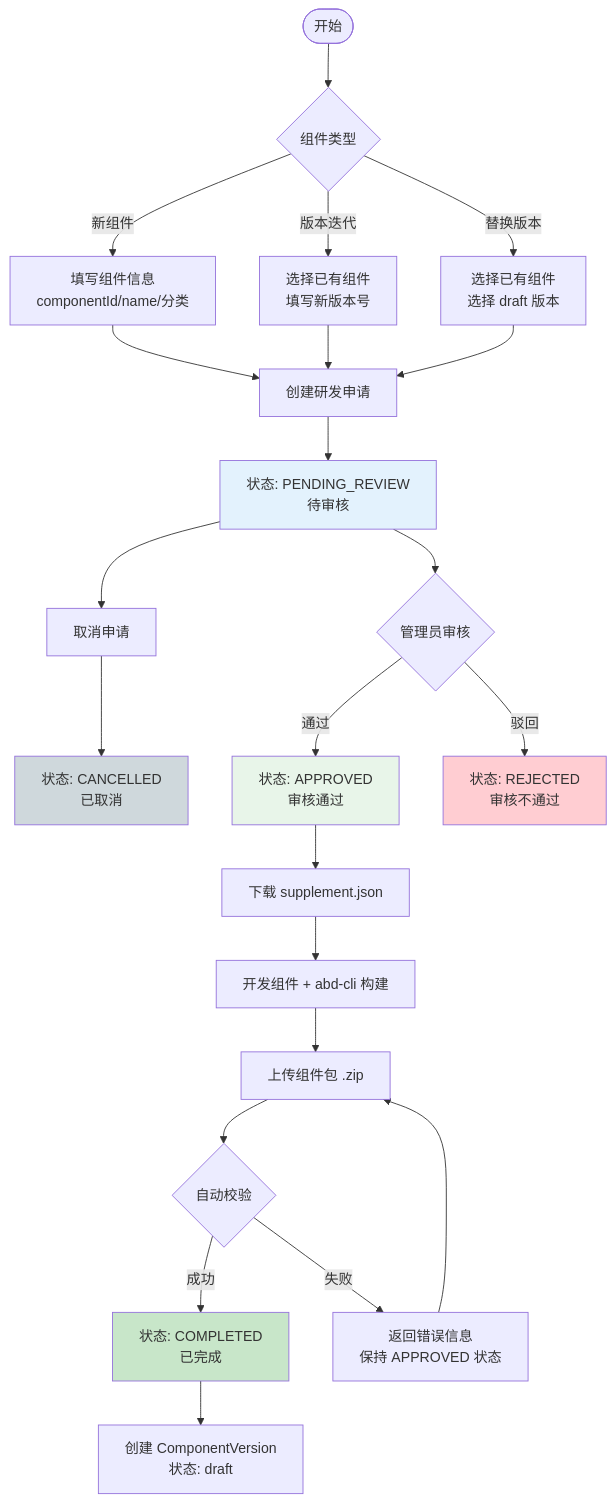
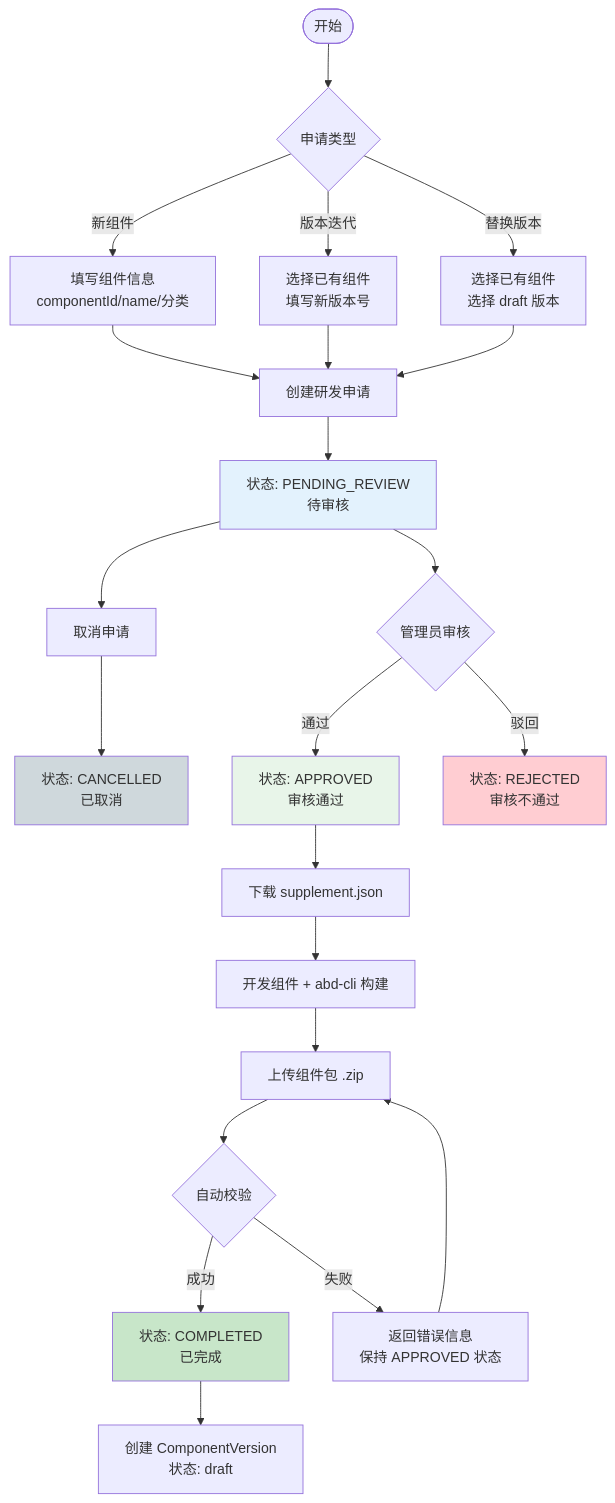
One commit to weitingweiting/rbac-jwt-redis-nest changed the diagram in docs/组件研发申请流程设计.md. Above: the diagram before and after it, drawn with Mermaid. The commit also changed other lines of this file and 8 other files, not shown here.

````diff
--- a/docs/组件研发申请流程设计.md
+++ b/docs/组件研发申请流程设计.md
@@ -201,38 +191,38 @@
 ```mermaid
 flowchart TD
-    Start([开始]) --> Choice{组件类型}
+    Start([开始]) --> Choice{申请类型}
 
     Choice -->|新组件| NewComp[填写组件信息<br/>componentId/name/分类]
     Choice -->|版本迭代| VersionComp[选择已有组件<br/>填写新版本号]
     Choice -->|替换版本| ReplaceComp[选择已有组件<br/>选择 draft 版本]
 
     NewComp --> CreateApp[创建研发申请]
     VersionComp --> CreateApp
     ReplaceComp --> CreateApp
 
     CreateApp --> PendingReview[状态: PENDING_REVIEW<br/>待审核]
 
     PendingReview --> ReviewChoice{管理员审核}
     PendingReview --> Cancel[取消申请]
     Cancel --> Cancelled[状态: CANCELLED<br/>已取消]
 
     ReviewChoice -->|通过| Approved[状态: APPROVED<br/>审核通过]
     ReviewChoice -->|驳回| Rejected[状态: REJECTED<br/>审核不通过]
 
     Approved --> Download[下载 supplement.json]
     Download --> Develop[开发组件 + abd-cli 构建]
     Develop --> Upload[上传组件包 .zip]
 
     Upload --> Validate{自动校验}
     Validate -->|成功| Completed[状态: COMPLETED<br/>已完成]
     Validate -->|失败| UploadFailed[返回错误信息<br/>保持 APPROVED 状态]
     UploadFailed --> Upload
 
     Completed --> CreateVersion[创建 ComponentVersion<br/>状态: draft]
 
     style PendingReview fill:#E3F2FD
     style Approved fill:#E8F5E9
     style Completed fill:#C8E6C9
     style Rejected fill:#FFCDD2
     style Cancelled fill:#CFD8DC
 ```
````
